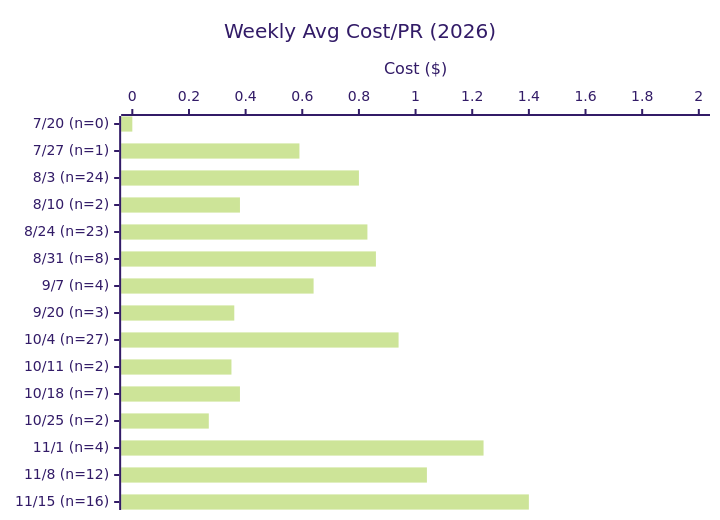
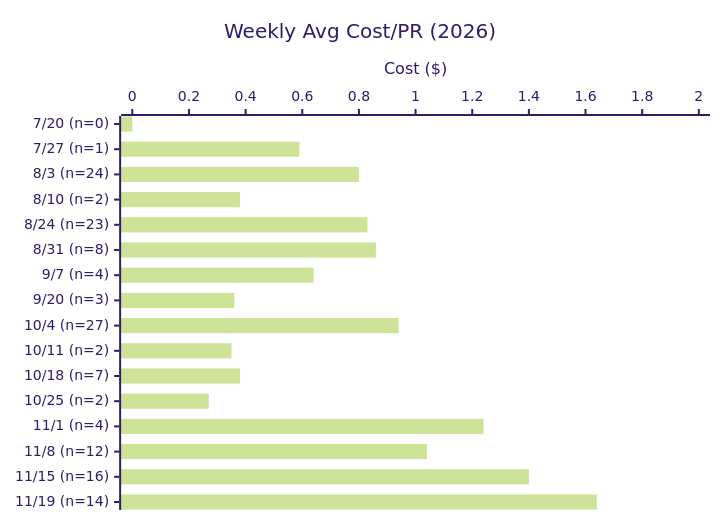
One commit to Sanctum-Origo-Systems/patina changed the second of 3 diagrams in EVAL.md. Above: the diagram before and after it, drawn with Mermaid (forest theme). The commit also changed other lines of this file and 1 other file, not shown here.

````diff
--- a/EVAL.md
+++ b/EVAL.md
@@ -27,7 +27,7 @@
 ```mermaid
 xychart-beta horizontal
     title "Weekly Avg Cost/PR (2026)"
-    x-axis ["7/20 (n=0)", "7/27 (n=1)", "8/3 (n=24)", "8/10 (n=2)", "8/24 (n=23)", "8/31 (n=8)", "9/7 (n=4)", "9/20 (n=3)", "10/4 (n=27)", "10/11 (n=2)", "10/18 (n=7)", "10/25 (n=2)", "11/1 (n=4)", "11/8 (n=12)", "11/15 (n=16)"]
+    x-axis ["7/20 (n=0)", "7/27 (n=1)", "8/3 (n=24)", "8/10 (n=2)", "8/24 (n=23)", "8/31 (n=8)", "9/7 (n=4)", "9/20 (n=3)", "10/4 (n=27)", "10/11 (n=2)", "10/18 (n=7)", "10/25 (n=2)", "11/1 (n=4)", "11/8 (n=12)", "11/15 (n=16)", "11/19 (n=14)"]
     y-axis "Cost ($)" 0 --> 2
-    bar [0.00, 0.59, 0.80, 0.38, 0.83, 0.86, 0.64, 0.36, 0.94, 0.35, 0.38, 0.27, 1.24, 1.04, 1.40]
+    bar [0.00, 0.59, 0.80, 0.38, 0.83, 0.86, 0.64, 0.36, 0.94, 0.35, 0.38, 0.27, 1.24, 1.04, 1.40, 1.64]
 ```
````
